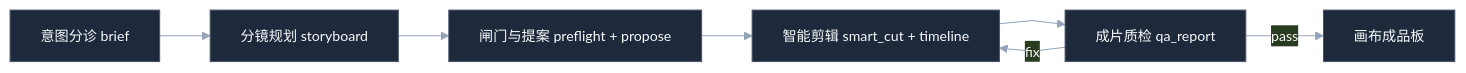
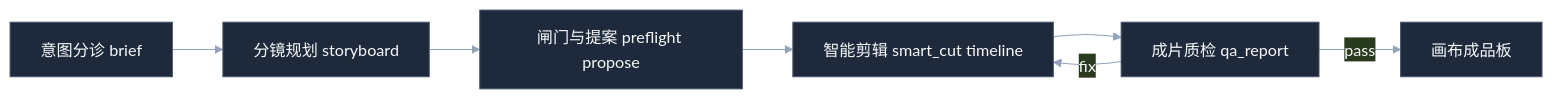
The first of 2 diagrams in README.md (LaplaceYoung/dsh-directorx), drawn with Mermaid before and after one commit. The commit also changed other lines of this file and 7 other files, not shown here.

First line of the commit message:
feat(canvas): upstream prompt synthesis; readme mermaid fixes

````diff
--- a/README.md
+++ b/README.md
@@ -109,10 +107,7 @@
 ```mermaid
-%%{init: {'theme':'base', 'themeVariables': {'primaryColor':'#1e293b','primaryTextColor':'#f8fafc','primaryBorderColor':'#475569','lineColor':'#94a3b8','fontFamily':'system-ui, sans-serif','fontSize':'14px'}, 'flowchart': {'curve':'linear'}}}%%
+%%{init: {"theme": "base", "themeVariables": {"primaryColor": "#1e293b", "primaryTextColor": "#f8fafc", "primaryBorderColor": "#475569", "lineColor": "#94a3b8", "fontFamily": "system-ui, sans-serif"}}}%%
 flowchart LR
-  B["意图分诊 brief"] --> P["分镜规划 storyboard"]
-  P --> G["闸门与提案 preflight + propose"]
-  G --> E["智能剪辑 smart_cut + timeline"]
-  E --> Q["成片质检 qa_report"]
+  B["意图分诊 brief"] --> P["分镜规划 storyboard"] --> G["闸门与提案 preflight propose"] --> E["智能剪辑 smart_cut timeline"] --> Q["成片质检 qa_report"]
   Q -->|fix| E
   Q -->|pass| D["画布成品板"]
 ```
````
